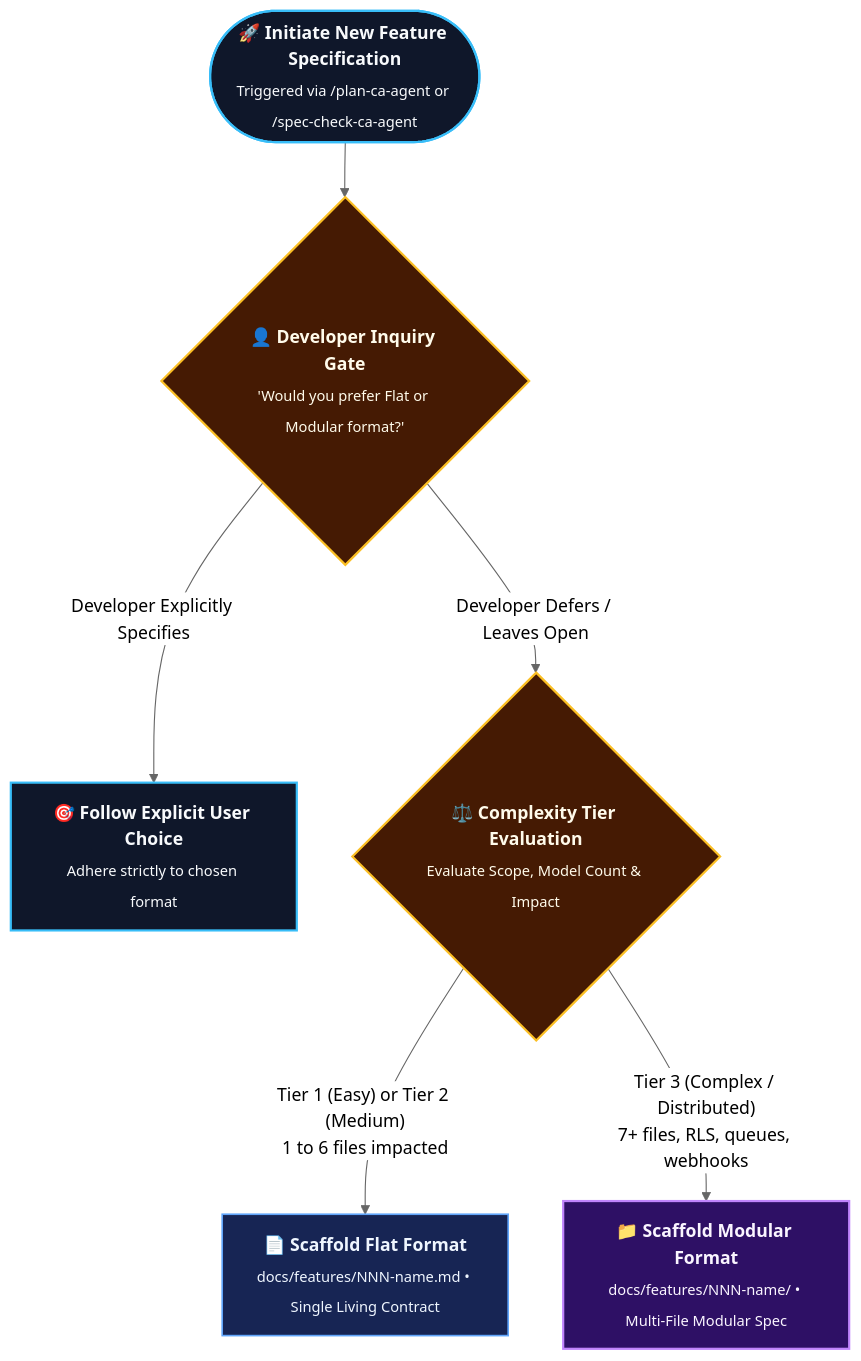
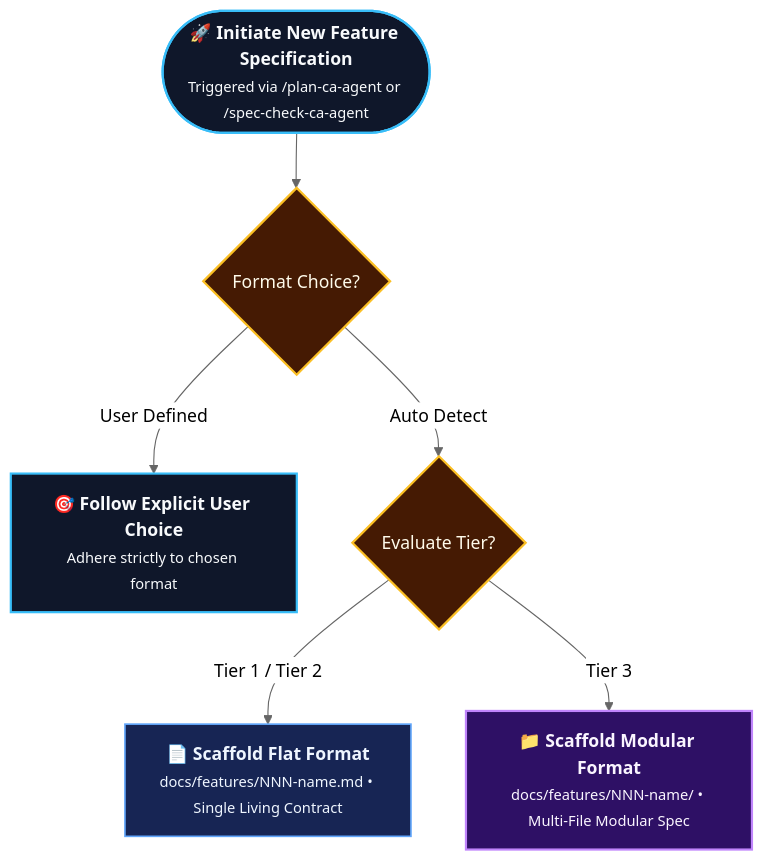
Before and after one commit to rmsofficialsyt/Agentic-AI-Vibe-Coding-AND-SDD-TDD-Codebase-Chandan-Adhikary: the first of 3 diagrams in SDD-TDD-Chandan-Adhikary/Spec-Driven-Development/docs/features/README.md, drawn with Mermaid (neutral theme). The commit also changed other lines of this file and 27 other files, not shown here.

Commit message:
docs: resolve text overlap and scattering across all diagrams via semantic typography and layout contracts

````diff
--- a/SDD-TDD-Chandan-Adhikary/Spec-Driven-Development/docs/features/README.md
+++ b/SDD-TDD-Chandan-Adhikary/Spec-Driven-Development/docs/features/README.md
@@ -28,15 +28,15 @@
 ```mermaid
 flowchart TD
     classDef start fill:#0f172a,stroke:#38bdf8,stroke-width:2px,color:#f8fafc;
     classDef gate fill:#451a03,stroke:#fbbf24,stroke-width:2px,color:#fffbeb;
     classDef flat fill:#172554,stroke:#60a5fa,stroke-width:1.5px,color:#eff6ff;
     classDef modular fill:#2e1065,stroke:#c084fc,stroke-width:2px,color:#faf5ff;
 
-    Start(["<b>🚀 Initiate New Feature Specification</b><br/><sub>Triggered via /plan-ca-agent or /spec-check-ca-agent</sub>"]):::start --> DevAsk{"<b>👤 Developer Inquiry Gate</b><br/><sub>'Would you prefer Flat or Modular format?'</sub>"}:::gate
+    Start(["<b>🚀 Initiate New Feature Specification</b><br/><small>Triggered via /plan-ca-agent or /spec-check-ca-agent</small>"]):::start --> DevAsk{"Format Choice?"}:::gate
     
-    DevAsk -->|"Developer Explicitly Specifies"| UserChoice["<b>🎯 Follow Explicit User Choice</b><br/><sub>Adhere strictly to chosen format</sub>"]:::start
-    DevAsk -->|"Developer Defers / Leaves Open"| AutoTier{"<b>⚖️ Complexity Tier Evaluation</b><br/><sub>Evaluate Scope, Model Count & Impact</sub>"}:::gate
+    DevAsk -->|"User Defined"| UserChoice["<b>🎯 Follow Explicit User Choice</b><br/><small>Adhere strictly to chosen format</small>"]:::start
+    DevAsk -->|"Auto Detect"| AutoTier{"Evaluate Tier?"}:::gate
     
-    AutoTier -->|"Tier 1 (Easy) or Tier 2 (Medium)<br/>1 to 6 files impacted"| FlatFormat["<b>📄 Scaffold Flat Format</b><br/><sub>docs/features/NNN-name.md • Single Living Contract</sub>"]:::flat
-    AutoTier -->|"Tier 3 (Complex / Distributed)<br/>7+ files, RLS, queues, webhooks"| ModularFormat["<b>📁 Scaffold Modular Format</b><br/><sub>docs/features/NNN-name/ • Multi-File Modular Spec</sub>"]:::modular
+    AutoTier -->|"Tier 1 / Tier 2"| FlatFormat["<b>📄 Scaffold Flat Format</b><br/><small>docs/features/NNN-name.md • Single Living Contract</small>"]:::flat
+    AutoTier -->|"Tier 3"| ModularFormat["<b>📁 Scaffold Modular Format</b><br/><small>docs/features/NNN-name/ • Multi-File Modular Spec</small>"]:::modular
 ```
````
